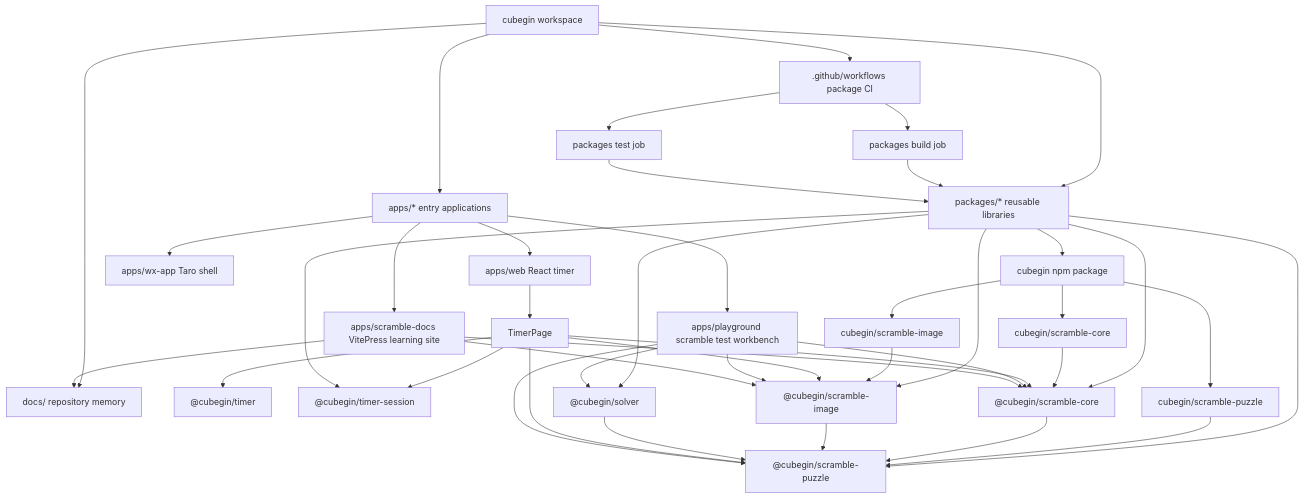
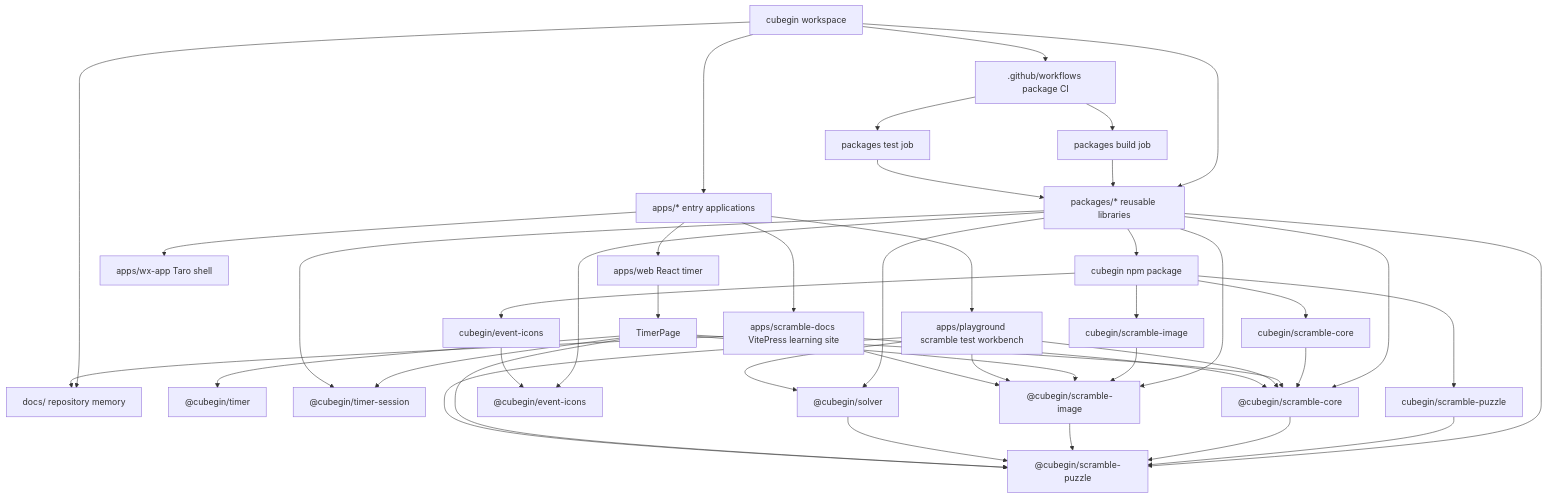
The diagram in docs/project-structure.md (deweyou/cube-kit), drawn with Mermaid before and after one commit. The commit also changed other lines of this file and 37 other files, not shown here.

Commit message:
feat: add WCA event icons

````diff
--- a/docs/project-structure.md
+++ b/docs/project-structure.md
@@ -3,43 +3,46 @@
 ```mermaid
 flowchart TD
     Root["cubegin workspace"] --> Apps["apps/* entry applications"]
     Root --> Packages["packages/* reusable libraries"]
     Root --> Docs["docs/ repository memory"]
     Root --> Ci[".github/workflows package CI"]
     Apps --> Web["apps/web React timer"]
     Apps --> Playground["apps/playground scramble test workbench"]
     Apps --> ScrambleDocs["apps/scramble-docs VitePress learning site"]
     Apps --> Wx["apps/wx-app Taro shell"]
     Web --> TimerPage["TimerPage"]
     TimerPage --> TimerPkg["@cubegin/timer"]
     TimerPage --> TimerSessionPkg["@cubegin/timer-session"]
     Packages --> PublicCore["cubegin npm package"]
     Packages --> TimerSessionPkg
     Packages --> PuzzlePkg["@cubegin/scramble-puzzle"]
     Packages --> CorePkg["@cubegin/scramble-core"]
     Packages --> ImagePkg["@cubegin/scramble-image"]
+    Packages --> EventIconsPkg["@cubegin/event-icons"]
     Packages --> SolverPkg["@cubegin/solver"]
+    PublicCore --> IconPath["cubegin/event-icons"]
     PublicCore --> CorePath["cubegin/scramble-core"]
     PublicCore --> ImagePath["cubegin/scramble-image"]
     PublicCore --> PuzzlePath["cubegin/scramble-puzzle"]
     CorePath --> CorePkg
     ImagePath --> ImagePkg
     PuzzlePath --> PuzzlePkg
+    IconPath --> EventIconsPkg
     CorePkg --> PuzzlePkg
     ImagePkg --> PuzzlePkg
     SolverPkg --> PuzzlePkg
     TimerPage --> CorePkg
     TimerPage --> ImagePkg
     TimerPage --> PuzzlePkg
     Playground --> CorePkg
     Playground --> ImagePkg
     Playground --> PuzzlePkg
     Playground --> SolverPkg
     ScrambleDocs --> CorePkg
     ScrambleDocs --> ImagePkg
     ScrambleDocs --> Docs
     Ci --> PackageBuild["packages build job"]
     Ci --> PackageTest["packages test job"]
     PackageBuild --> Packages
     PackageTest --> Packages
 ```
````
